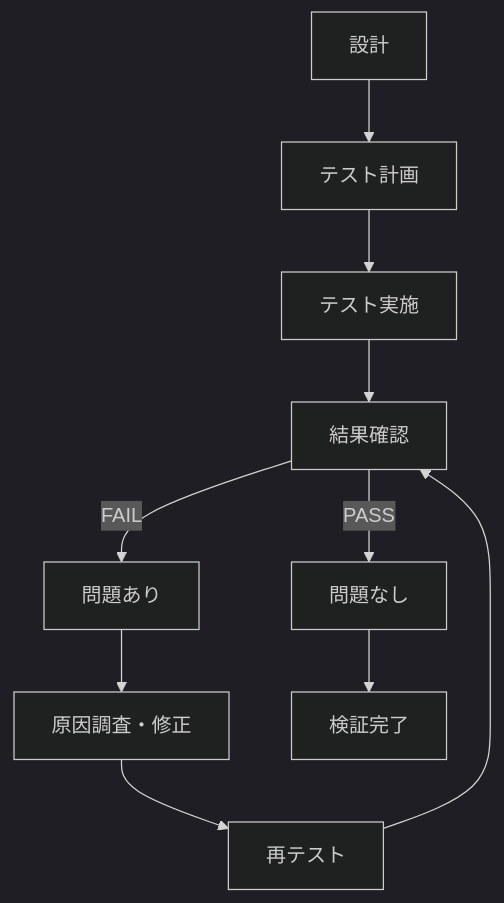
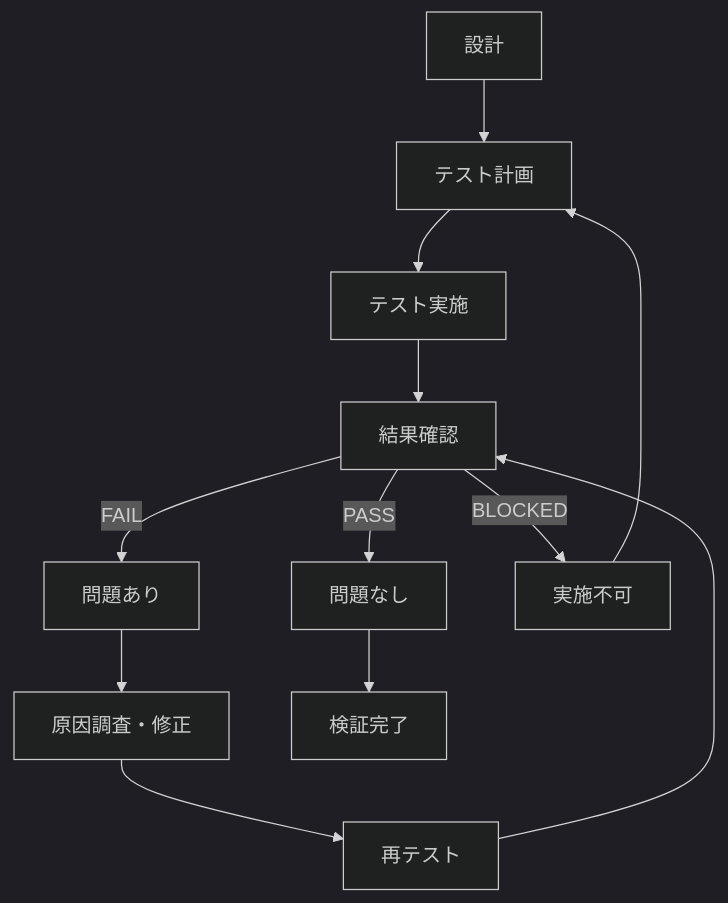
The seventh of 31 diagrams in docs/07_verification_review.md (yujimasuda77777/Raspberry_Pi_4B_Edge_IoT_System), drawn with Mermaid (dark theme) before and after one commit. The commit also changed other lines of this file and 1 other file, not shown here.

````diff
--- a/docs/07_verification_review.md
+++ b/docs/07_verification_review.md
@@ -600,25 +763,28 @@
-```mermaid id="5h8j3n"
+```mermaid
 flowchart TB
     Design["設計"]
     Plan["テスト計画"]
     Execute["テスト実施"]
     Result["結果確認"]
     Fail["問題あり"]
     Pass["問題なし"]
+    Blocked["実施不可"]
     Fix["原因調査・修正"]
     Retest["再テスト"]
     Complete["検証完了"]
 
     Design --> Plan
     Plan --> Execute
     Execute --> Result
 
     Result -->|PASS| Pass
     Result -->|FAIL| Fail
+    Result -->|BLOCKED| Blocked
 
     Fail --> Fix
     Fix --> Retest
     Retest --> Result
 
     Pass --> Complete
+    Blocked --> Plan
 ```
````
